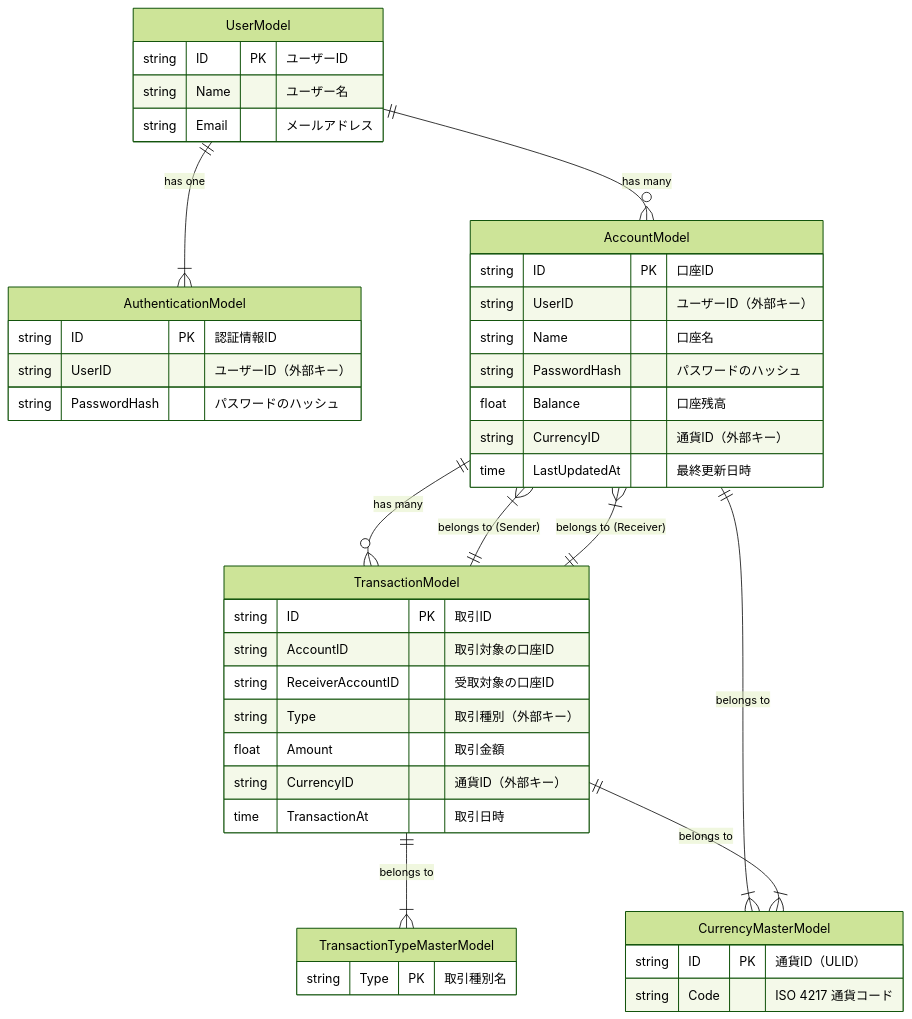
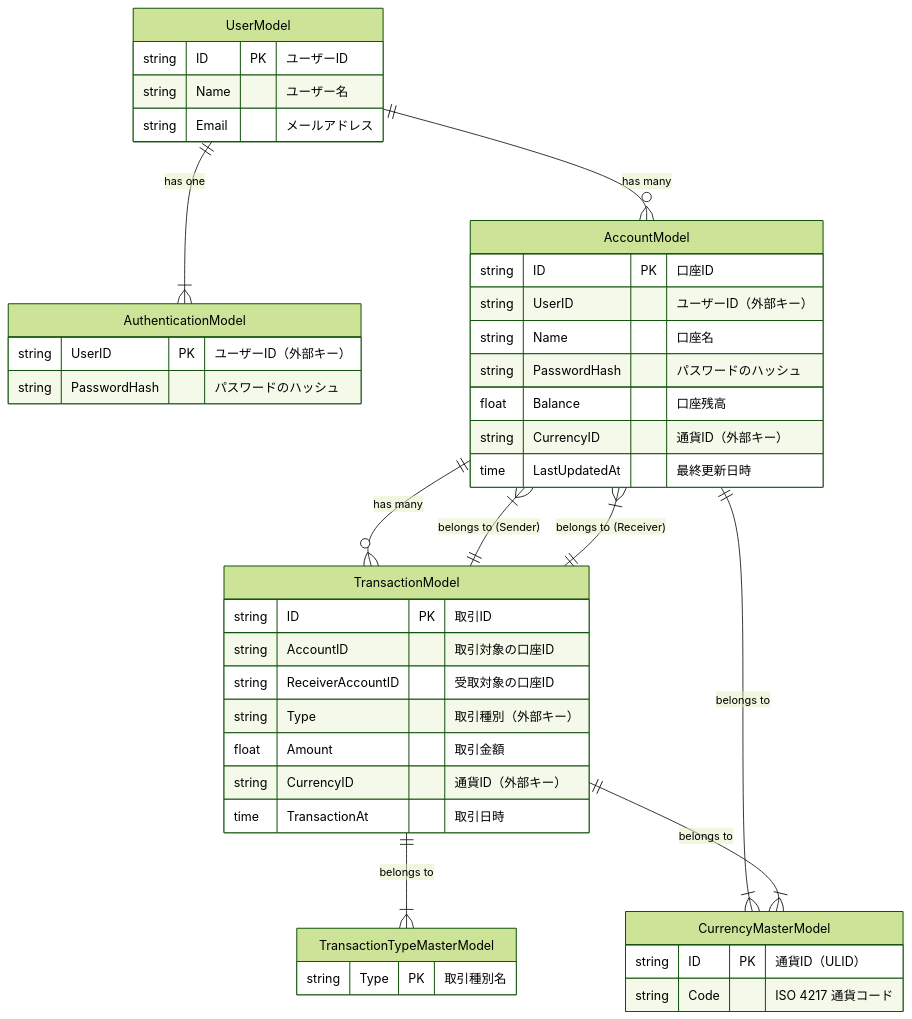
One commit to u104rak1/pocgo changed the diagram in internal/infrastructure/postgres/model/er_diagram.md. Above: the diagram before and after it, drawn with Mermaid (forest theme). The commit also changed 10 other files, not shown here.

````diff
--- a/internal/infrastructure/postgres/model/er_diagram.md
+++ b/internal/infrastructure/postgres/model/er_diagram.md
@@ -1,47 +1,46 @@
 ```mermaid
 erDiagram
     UserModel {
         string ID PK "ユーザーID"
         string Name "ユーザー名"
         string Email "メールアドレス"
     }
     AuthenticationModel {
-        string ID PK "認証情報ID"
-        string UserID "ユーザーID（外部キー）"
+        string UserID PK "ユーザーID（外部キー）"
         string PasswordHash "パスワードのハッシュ"
     }
     AccountModel {
         string ID PK "口座ID"
         string UserID "ユーザーID（外部キー）"
         string Name "口座名"
         string PasswordHash "パスワードのハッシュ"
         float Balance "口座残高"
         string CurrencyID "通貨ID（外部キー）"
         time LastUpdatedAt "最終更新日時"
     }
     TransactionModel {
         string ID PK "取引ID"
         string AccountID "取引対象の口座ID"
         string ReceiverAccountID "受取対象の口座ID"
         string Type "取引種別（外部キー）"
         float Amount "取引金額"
         string CurrencyID "通貨ID（外部キー）"
         time TransactionAt "取引日時"
     }
     CurrencyMasterModel {
         string ID PK "通貨ID（ULID）"
         string Code "ISO 4217 通貨コード"
     }
     TransactionTypeMasterModel {
         string Type PK "取引種別名"
     }
 
     UserModel ||--o{ AccountModel : "has many"
     UserModel ||--|{ AuthenticationModel : "has one"
     AccountModel ||--o{ TransactionModel : "has many"
     AccountModel ||--|{ CurrencyMasterModel : "belongs to"
     TransactionModel ||--|{ TransactionTypeMasterModel : "belongs to"
     TransactionModel ||--|{ AccountModel : "belongs to (Sender)"
     TransactionModel ||--|{ AccountModel : "belongs to (Receiver)"
     TransactionModel ||--|{ CurrencyMasterModel : "belongs to"
 ```
````
